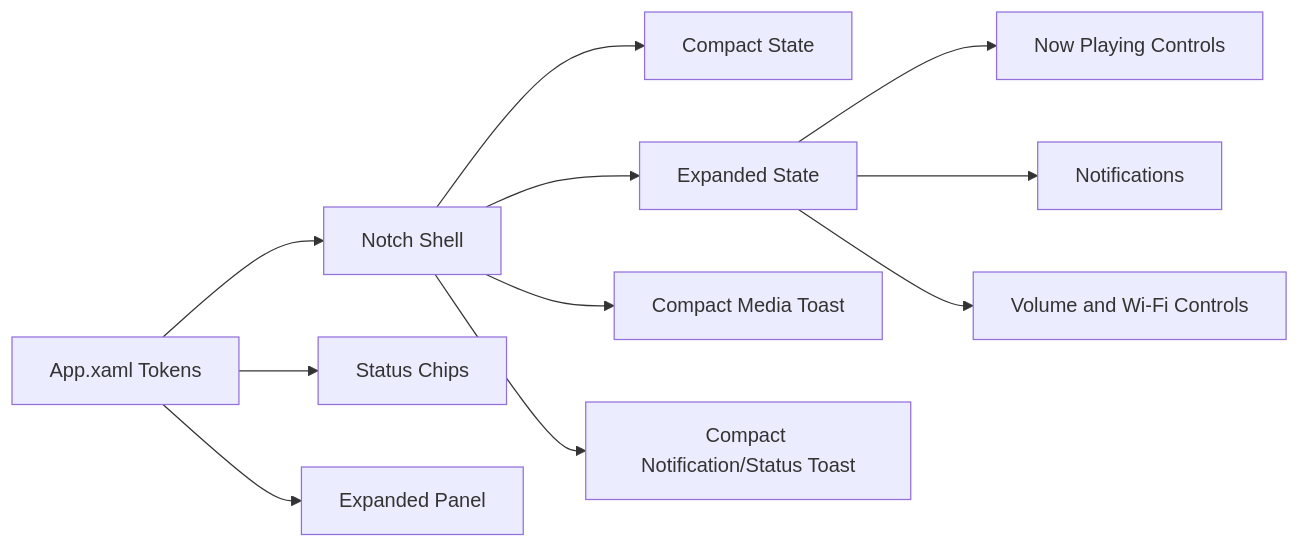
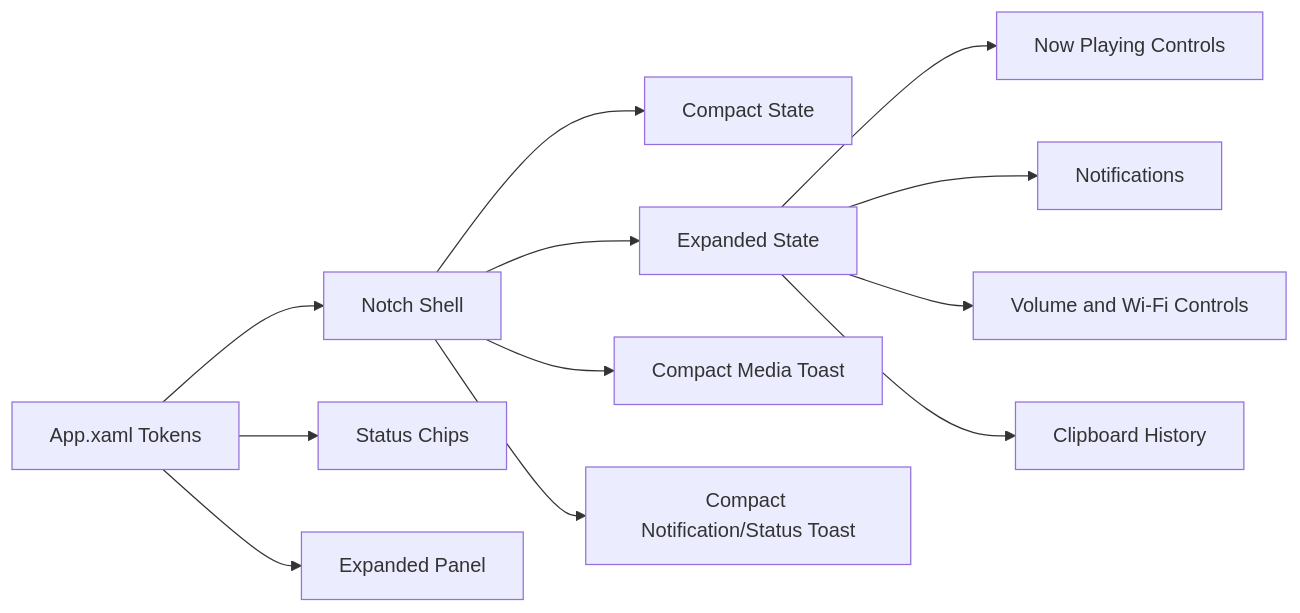
Before and after one commit to mjmajlesi/winotch: the second of 2 diagrams in docs/architecture.md, drawn with Mermaid. The commit also changed other lines of this file and 16 other files, not shown here.

Commit message:
Add clipboard history peek

````diff
--- a/docs/architecture.md
+++ b/docs/architecture.md
@@ -26,13 +28,14 @@
 ```mermaid
 flowchart LR
     Tokens["App.xaml Tokens"] --> Shell["Notch Shell"]
     Tokens --> Chips["Status Chips"]
     Tokens --> Panel["Expanded Panel"]
     Shell --> Compact["Compact State"]
     Shell --> Expanded["Expanded State"]
     Expanded --> Media["Now Playing Controls"]
     Shell --> MediaToast["Compact Media Toast"]
     Shell --> NotificationToast["Compact Notification/Status Toast"]
     Expanded --> Notifications["Notifications"]
     Expanded --> Controls["Volume and Wi-Fi Controls"]
+    Expanded --> Clipboard["Clipboard History"]
 ```
````
